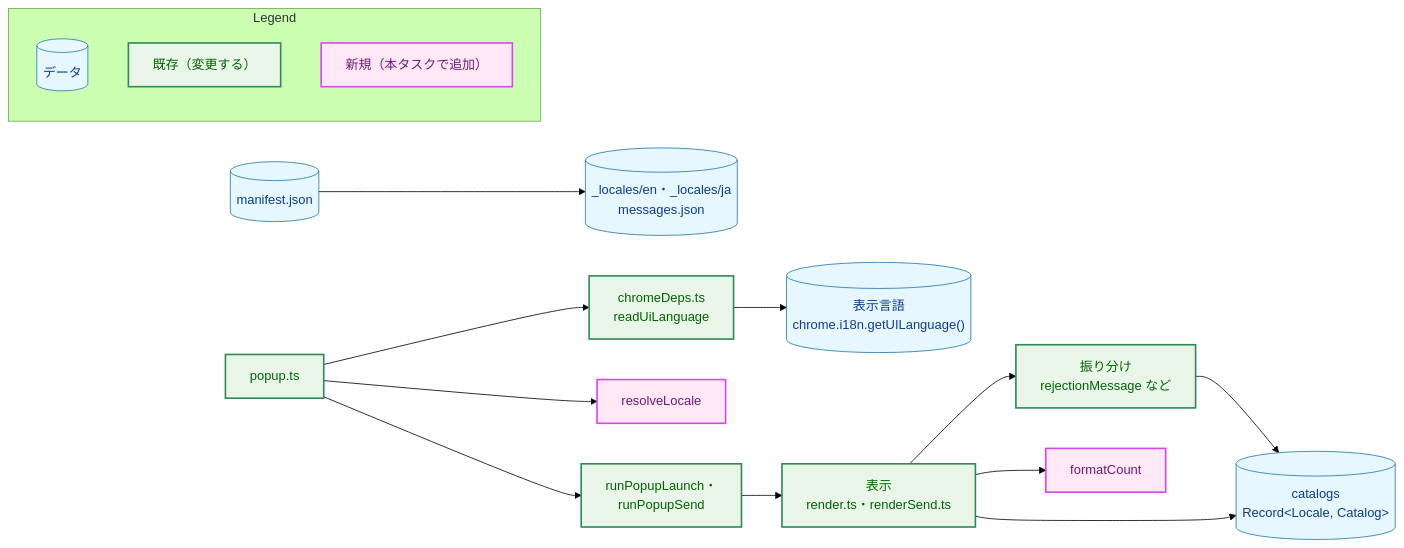
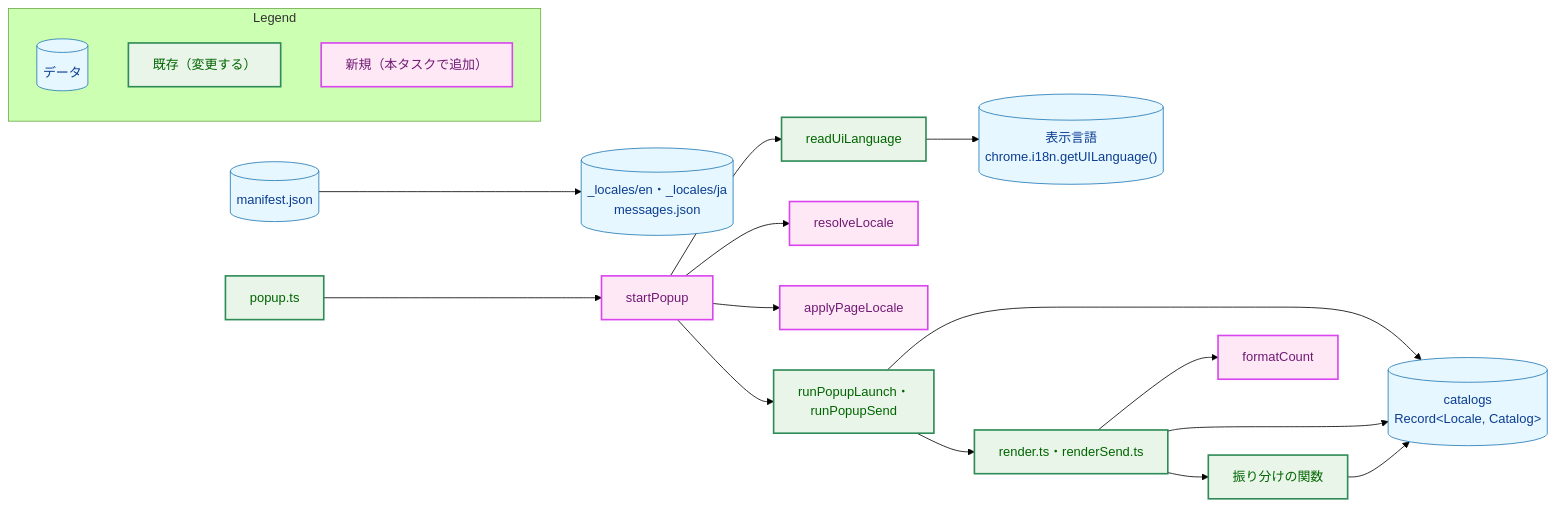
One commit to isseis/yt2column changed the first of 4 diagrams in docs/tasks/0043_extension_i18n/02_architecture.md. Above: the diagram before and after it, drawn with Mermaid (forest theme). The commit also changed other lines of this file, not shown here.

First line of the commit message:
docs(0043): address architecture review and Japanese prose findings

````diff
--- a/docs/tasks/0043_extension_i18n/02_architecture.md
+++ b/docs/tasks/0043_extension_i18n/02_architecture.md
@@ -37,44 +38,48 @@
 ```mermaid
 flowchart LR
     classDef data fill:#e6f7ff,stroke:#1f77b4,stroke-width:1px,color:#0b3d91;
-    classDef process fill:#fff1e6,stroke:#ff7f0e,stroke-width:1px,color:#8a3e00;
     classDef enhanced fill:#e8f5e8,stroke:#2e8b57,stroke-width:2px,color:#006400;
     classDef newpkg fill:#ffe8f5,stroke:#d946ef,stroke-width:2px,color:#701a75;
 
     UILANG[("表示言語<br>chrome.i18n.getUILanguage()")]
     LOCALES[("_locales/en・_locales/ja<br>messages.json")]
     MANIFEST[("manifest.json")]
+    CATALOGS[("catalogs<br>Record&lt;Locale, Catalog&gt;")]
 
     POPUP["popup.ts"]
-    DEPS["chromeDeps.ts<br>readUiLanguage"]
+    DEPS["readUiLanguage"]
+    START["startPopup"]
     RESOLVE["resolveLocale"]
-    CATALOGS[("catalogs<br>Record&lt;Locale, Catalog&gt;")]
-    DISPATCH["振り分け<br>rejectionMessage など"]
+    PAGE["applyPageLocale"]
     LAUNCH["runPopupLaunch・<br>runPopupSend"]
-    RENDER["表示<br>render.ts・renderSend.ts"]
+    RENDER["render.ts・renderSend.ts"]
+    DISPATCH["振り分けの関数"]
     FORMAT["formatCount"]
 
-    POPUP --> DEPS
+    POPUP --> START
+    START --> DEPS
     DEPS --> UILANG
-    POPUP --> RESOLVE
-    POPUP --> LAUNCH
+    START --> RESOLVE
+    START --> PAGE
+    START --> LAUNCH
     LAUNCH --> RENDER
+    LAUNCH --> CATALOGS
     RENDER --> DISPATCH
     RENDER --> FORMAT
+    RENDER --> CATALOGS
     DISPATCH --> CATALOGS
-    RENDER --> CATALOGS
     MANIFEST --> LOCALES
 
     class UILANG,LOCALES,MANIFEST,CATALOGS data
     class POPUP,DEPS,LAUNCH,RENDER,DISPATCH enhanced
-    class RESOLVE,FORMAT newpkg
+    class START,RESOLVE,PAGE,FORMAT newpkg
 
     subgraph Legend["Legend"]
         L1[("データ")]
         L3["既存（変更する）"]
         L4["新規（本タスクで追加）"]
     end
     class L1 data
     class L3 enhanced
     class L4 newpkg
 ```
````
